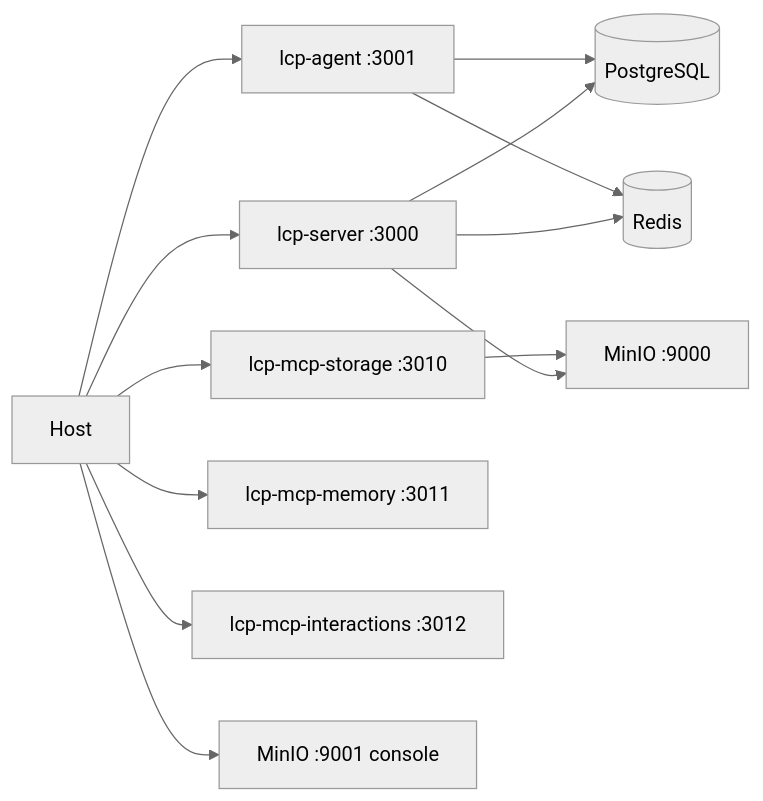
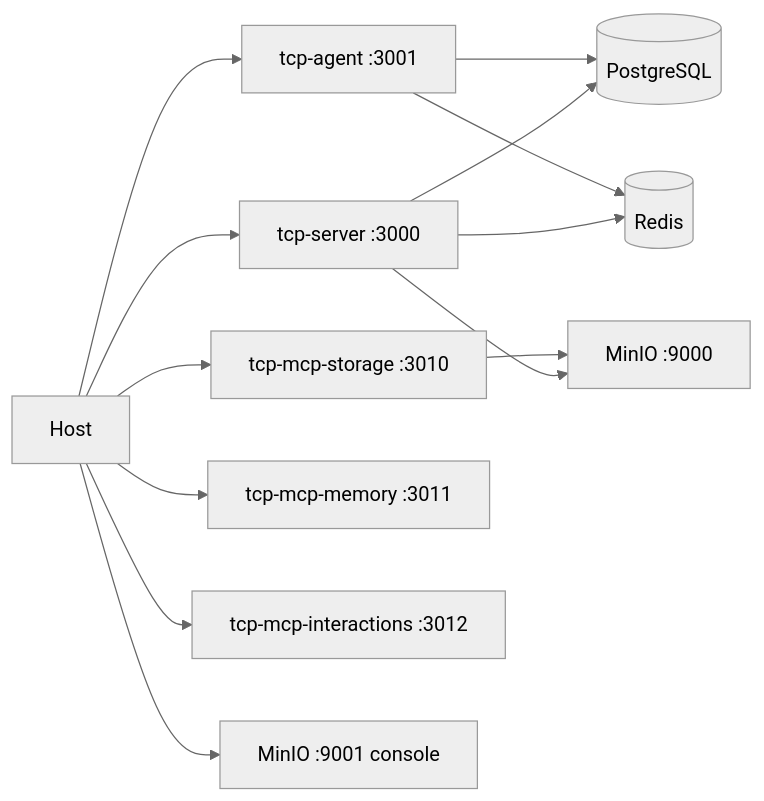
Before and after one commit to instantiator/tcp-server: the diagram in docs/manual-testing/01-infrastructure.md, drawn with Mermaid (neutral theme). The commit also changed other lines of this file and 112 other files, not shown here.

First line of the commit message:
Rename LCP env vars and documentation to TCP (011.1.1 units 6-7)

````diff
--- a/docs/manual-testing/01-infrastructure.md
+++ b/docs/manual-testing/01-infrastructure.md
@@ -7,15 +7,15 @@
 ```mermaid
 graph LR
-    H[Host] --> S[lcp-server :3000]
-    H --> A[lcp-agent :3001]
-    H --> MS[lcp-mcp-storage :3010]
-    H --> MM[lcp-mcp-memory :3011]
-    H --> MI[lcp-mcp-interactions :3012]
+    H[Host] --> S[tcp-server :3000]
+    H --> A[tcp-agent :3001]
+    H --> MS[tcp-mcp-storage :3010]
+    H --> MM[tcp-mcp-memory :3011]
+    H --> MI[tcp-mcp-interactions :3012]
     H --> MIO[MinIO :9001 console]
     S --> PG[(PostgreSQL)]
     S --> RD[(Redis)]
     S --> MIO2[MinIO :9000]
     A --> PG
     A --> RD
     MS --> MIO2
 ```
````
